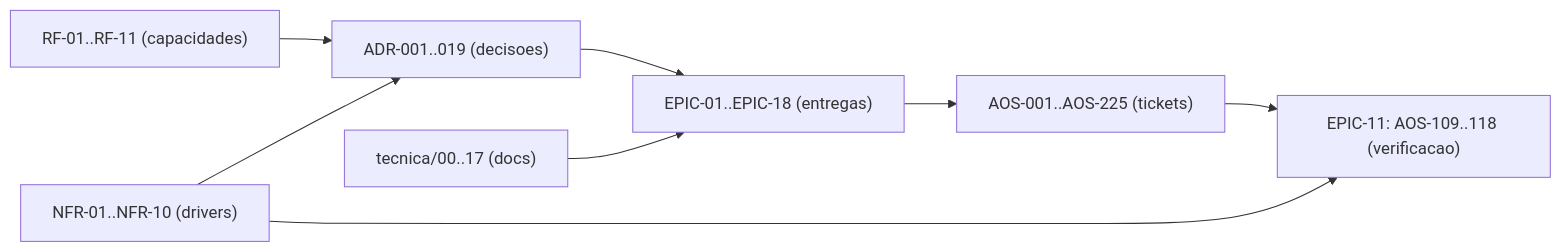
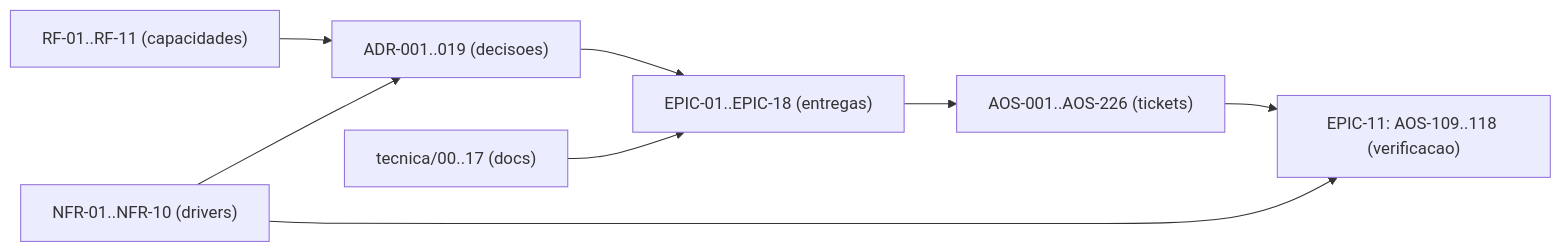
Before and after one commit to albinoJimy/aos: the diagram in tecnica/16_Rastreabilidade_RTM.md, drawn with Mermaid. The commit also changed other lines of this file and 6 other files, not shown here.

````diff
--- a/tecnica/16_Rastreabilidade_RTM.md
+++ b/tecnica/16_Rastreabilidade_RTM.md
@@ -168,10 +168,10 @@
 ```mermaid
 flowchart LR
     RF["RF-01..RF-11 (capacidades)"] --> ADR["ADR-001..019 (decisoes)"]
     NFR["NFR-01..NFR-10 (drivers)"] --> ADR
     ADR --> EPIC["EPIC-01..EPIC-18 (entregas)"]
-    EPIC --> TICK["AOS-001..AOS-225 (tickets)"]
+    EPIC --> TICK["AOS-001..AOS-226 (tickets)"]
     DOC["tecnica/00..17 (docs)"] --> EPIC
     TICK --> TEST["EPIC-11: AOS-109..118 (verificacao)"]
     NFR --> TEST
 ```
````
